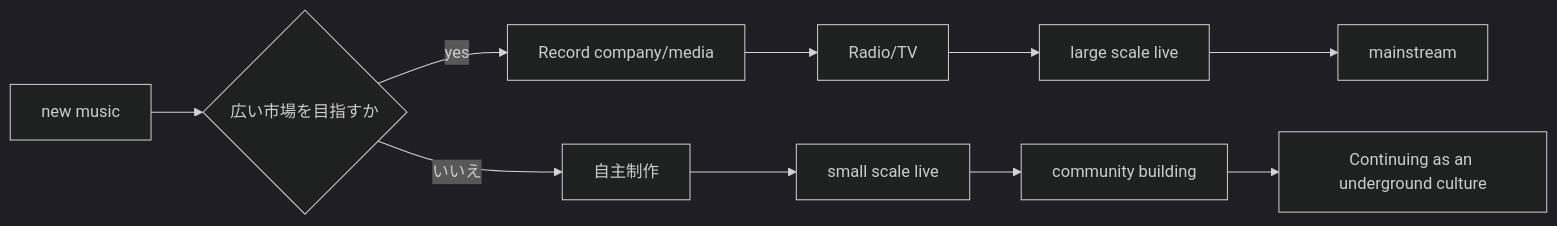
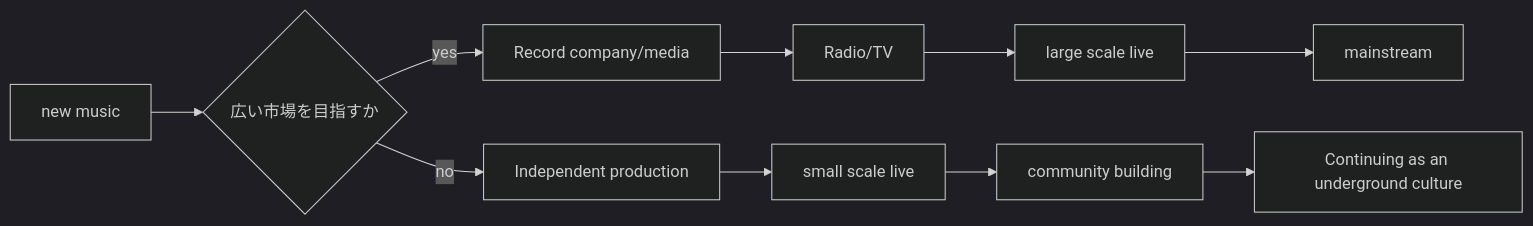
Before and after one commit to monumental-movement/monumental-movement.github.io: the fourth of 5 diagrams in en/_posts/2026-07-25-column-why-some-genres-never-go-mainstream.md, drawn with Mermaid (dark theme). The commit also changed other lines of this file and 851 other files, not shown here.

```diff
--- a/en/_posts/2026-07-25-column-why-some-genres-never-go-mainstream.md
+++ b/en/_posts/2026-07-25-column-why-some-genres-never-go-mainstream.md
@@ -817,15 +817,15 @@
 <div class="mermaid">
 flowchart LR
 
 A[new music] --> B{広い市場を目指すか}
 
 B -->|yes| C[Record company/media]
 C --> D[Radio/TV]
 D --> E[large scale live]
 E --> F[mainstream]
 
-B -->|いいえ| G[自主制作]
+B -->|no| G[Independent production]
 G --> H[small scale live]
 H --> I[community building]
 I --> J[Continuing as an underground culture]
 </div>
```
